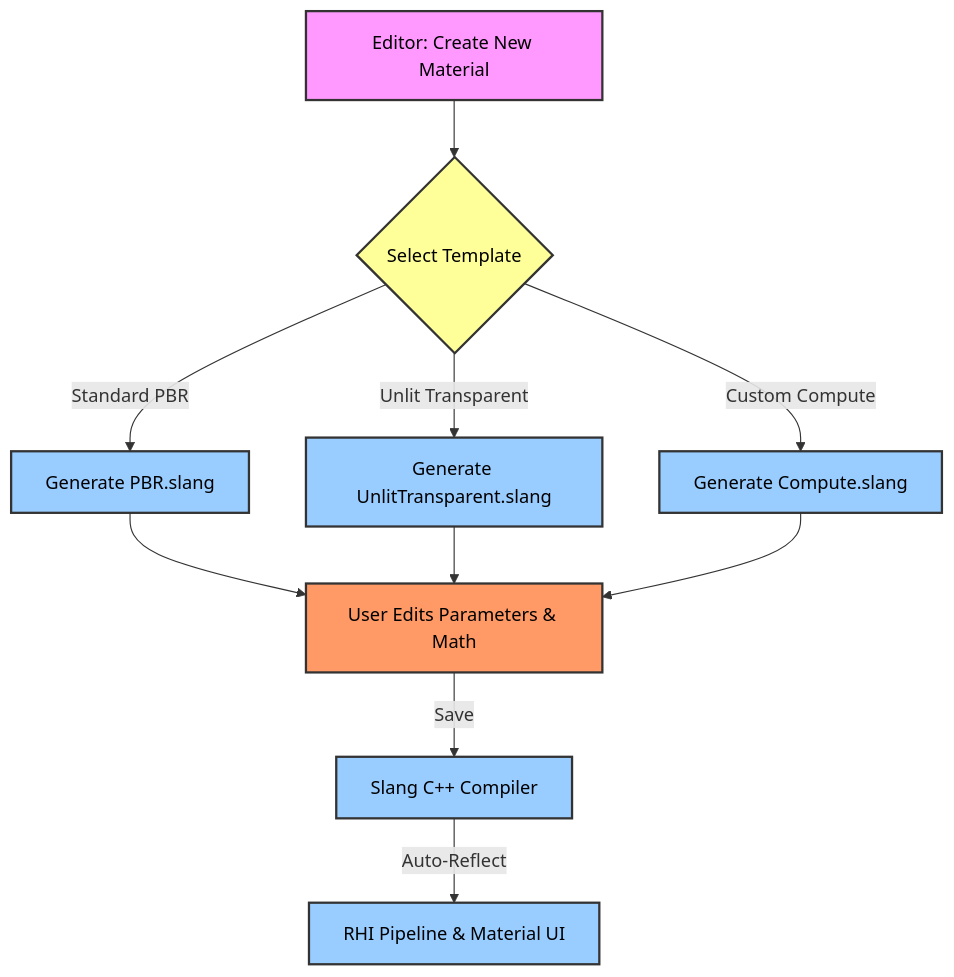
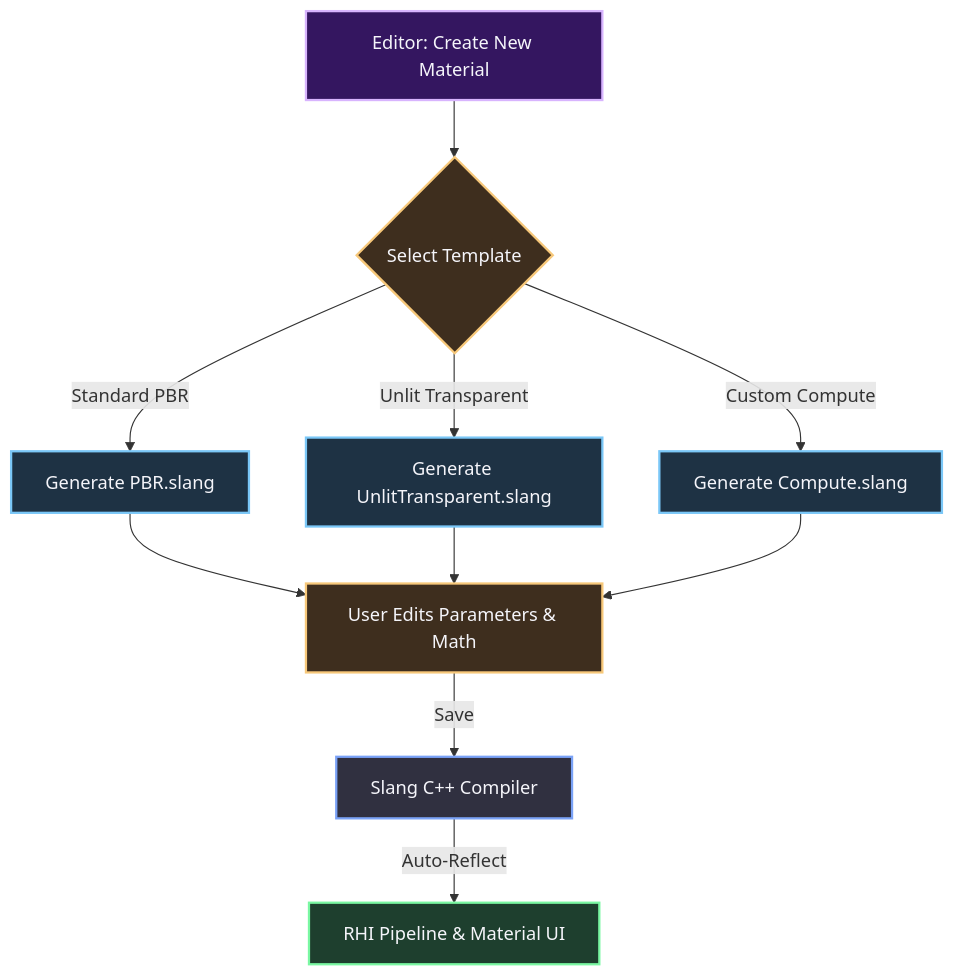
Before and after one commit to Astin-A/the-workshop: the third of 4 diagrams in content/Engine shit/O3DE/Atomic/7 The Slang Shader & Material Compiler Pipeline.md, drawn with Mermaid. The commit also changed other lines of this file and 24 other files, not shown here.

````diff
--- a/content/Engine shit/O3DE/Atomic/7 The Slang Shader & Material Compiler Pipeline.md
+++ b/content/Engine shit/O3DE/Atomic/7 The Slang Shader & Material Compiler Pipeline.md
@@ -188,21 +195,25 @@
 ```mermaid
 graph TD
     A[Editor: Create New Material] --> B{Select Template}
     B -->|Standard PBR| C[Generate PBR.slang]
     B -->|Unlit Transparent| D[Generate UnlitTransparent.slang]
     B -->|Custom Compute| E[Generate Compute.slang]
     C --> F[User Edits Parameters & Math]
     D --> F
     E --> F
     F -->|Save| G[Slang C++ Compiler]
     G -->|Auto-Reflect| H[RHI Pipeline & Material UI]
-    
-    style A fill:#f9f,stroke:#333,stroke-width:2px,color:#000
-    style B fill:#ff9,stroke:#333,stroke-width:2px,color:#000
-    style C fill:#9cf,stroke:#333,stroke-width:2px,color:#000
-    style D fill:#9cf,stroke:#333,stroke-width:2px,color:#000
-    style E fill:#9cf,stroke:#333,stroke-width:2px,color:#000
-    style F fill:#f96,stroke:#333,stroke-width:2px,color:#000
-    style G fill:#9cf,stroke:#333,stroke-width:2px,color:#000
-    style H fill:#9cf,stroke:#333,stroke-width:2px,color:#000
+
+    classDef highlight fill:#341660,stroke:#d8b4fe,stroke-width:2px,color:#f5f5fa;
+    classDef warning fill:#3e2e1e,stroke:#f7c87a,stroke-width:2px,color:#f5f5fa;
+    classDef info fill:#1e3244,stroke:#7ac7f7,stroke-width:2px,color:#f5f5fa;
+    classDef default fill:#303040,stroke:#7aa2f7,stroke-width:2px,color:#f5f5fa;
+    classDef success fill:#1e3f2e,stroke:#7af7a2,stroke-width:2px,color:#f5f5fa;
+
+    class A highlight;
+    class B warning;
+    class C,D,E info;
+    class F warning;
+    class G default;
+    class H success;
 ```
````
